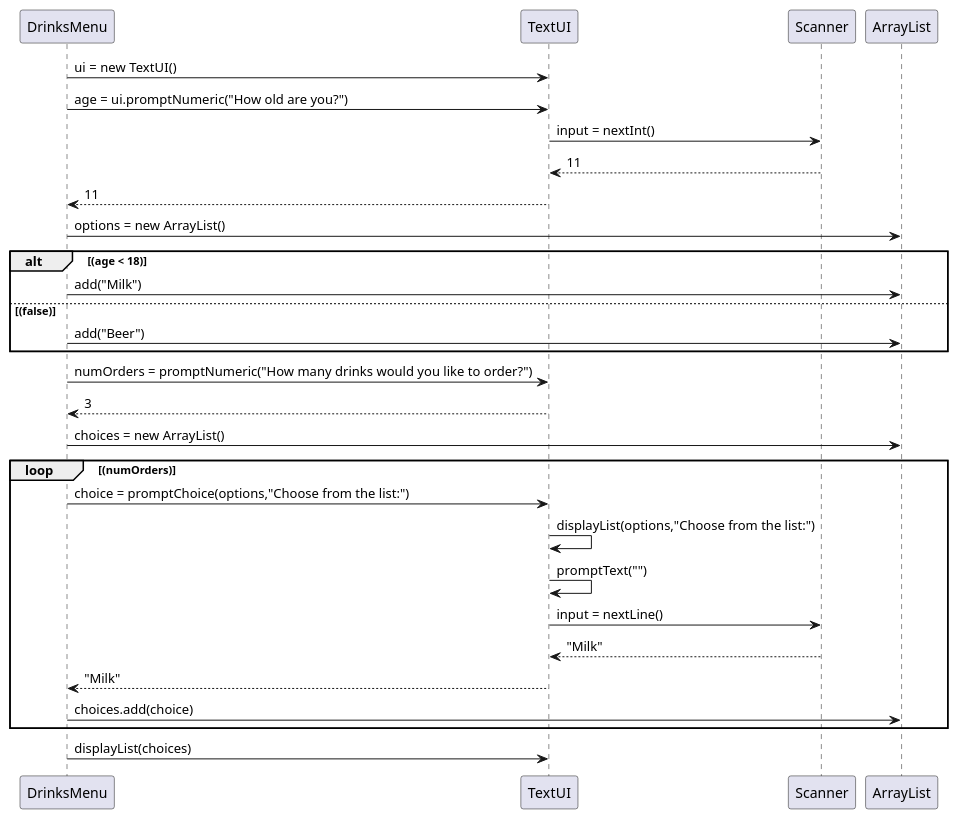
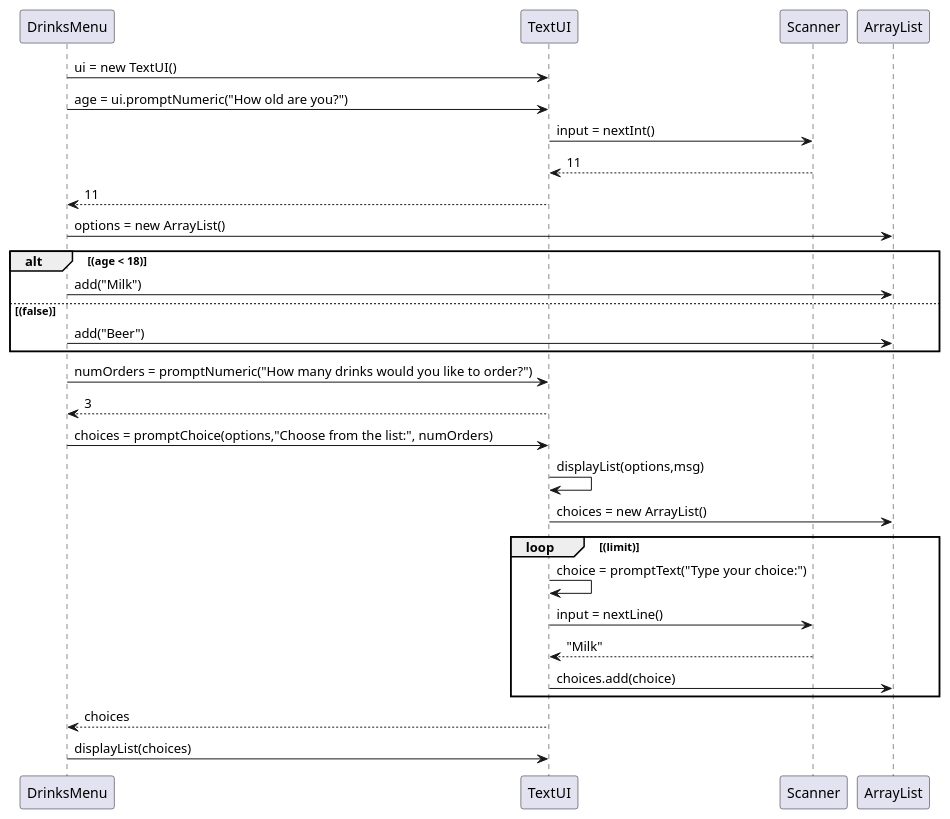
Before and after one commit to Eligoon/DrinksMenu: the diagram in doc/completeSequence.puml, drawn with PlantUML. The commit also changed 1 other file, not shown here.

Commit message:
while loop in TextUI

```diff
--- a/doc/completeSequence.puml
+++ b/doc/completeSequence.puml
@@ -1,38 +1,39 @@
 @startuml
 'https://plantuml.com/sequence-diagram
 DrinksMenu -> TextUI: ui = new TextUI()
 DrinksMenu -> TextUI: age = ui.promptNumeric("How old are you?")
 TextUI -> Scanner: input = nextInt()
 Scanner --> TextUI: 11
 TextUI --> DrinksMenu: 11
 
 
 'Create a list for composing an age appropriate menu
 DrinksMenu -> ArrayList:options = new ArrayList()
 
 alt (age < 18)
 'DrinksMenu giver options til ArrayList som skriver "Milk" på plads 0
 DrinksMenu -> ArrayList:add("Milk")
 else (false)
 DrinksMenu -> ArrayList:add("Beer")
 end
 
+
 DrinksMenu -> TextUI: numOrders = promptNumeric("How many drinks would you like to order?")
 TextUI --> DrinksMenu: 3
 
-'Create a list for the user's choices (could have been a String array with 3 indexes)
-DrinksMenu -> ArrayList:choices = new ArrayList()
 
-loop (numOrders)
-DrinksMenu -> TextUI: choice = promptChoice(options,"Choose from the list:")
-TextUI -> TextUI: displayList(options,"Choose from the list:")
-TextUI -> TextUI: promptText("")
+DrinksMenu -> TextUI:choices = promptChoice(options,"Choose from the list:", numOrders)
+
+TextUI -> TextUI: displayList(options,msg)
+TextUI -> ArrayList: choices = new ArrayList()
+
+loop (limit)
+TextUI -> TextUI: choice = promptText("Type your choice:")
 TextUI -> Scanner: input = nextLine()
 Scanner --> TextUI: "Milk"
-TextUI --> DrinksMenu: "Milk"
-'DrinksMenu giver choices til ArrayList som skriver "Milk" på plads 0
-DrinksMenu -> ArrayList: choices.add(choice)
+TextUI -> ArrayList: choices.add(choice)
 end
+TextUI --> DrinksMenu: choices
 DrinksMenu -> TextUI: displayList(choices)
 
 @enduml
```
